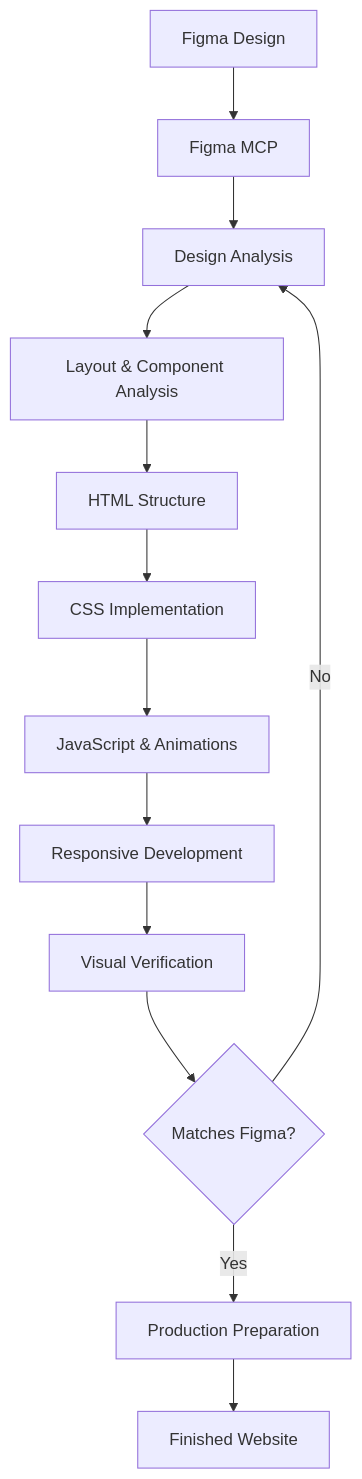
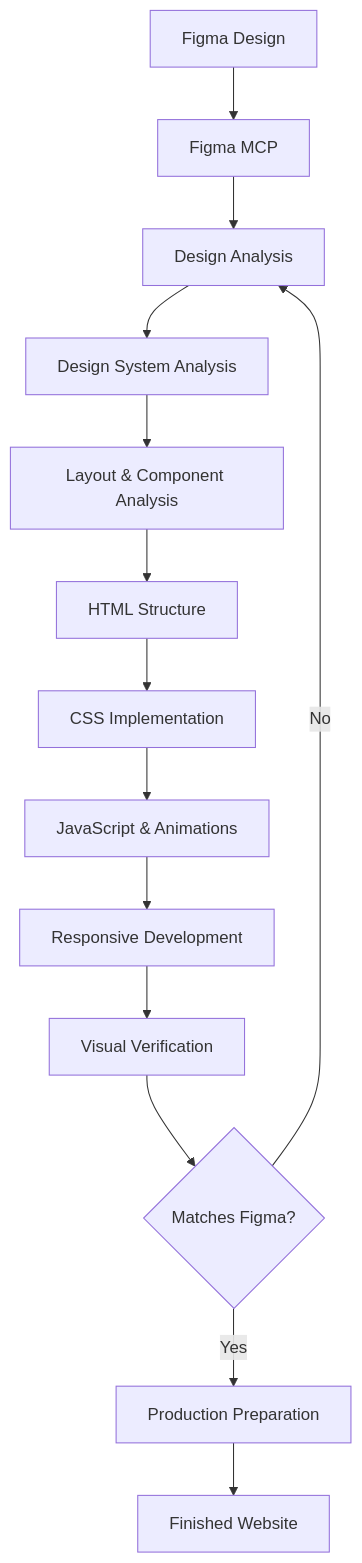
One commit to andrewalexeich/figma-to-vanilla changed the diagram in README.md. Above: the diagram before and after it, drawn with Mermaid. The commit also changed other lines of this file and 26 other files, not shown here.

First line of the commit message:
feat: expand Figma workflow and add design system support

````diff
--- a/README.md
+++ b/README.md
@@ -311,15 +380,16 @@
 ```mermaid
 flowchart TD
     A["Figma Design"] --> B["Figma MCP"]
     B --> C["Design Analysis"]
-    C --> D["Layout & Component Analysis"]
-    D --> E["HTML Structure"]
-    E --> F["CSS Implementation"]
-    F --> G["JavaScript & Animations"]
-    G --> H["Responsive Development"]
-    H --> I["Visual Verification"]
-    I --> J{"Matches Figma?"}
-    J -->|No| C
-    J -->|Yes| K["Production Preparation"]
-    K --> L["Finished Website"]
+    C --> D["Design System Analysis"]
+    D --> E["Layout & Component Analysis"]
+    E --> F["HTML Structure"]
+    F --> G["CSS Implementation"]
+    G --> H["JavaScript & Animations"]
+    H --> I["Responsive Development"]
+    I --> J["Visual Verification"]
+    J --> K{"Matches Figma?"}
+    K -->|No| C
+    K -->|Yes| L["Production Preparation"]
+    L --> M["Finished Website"]
 ```
````
